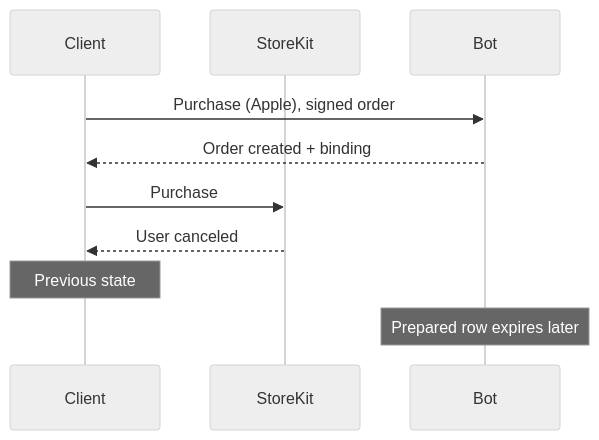
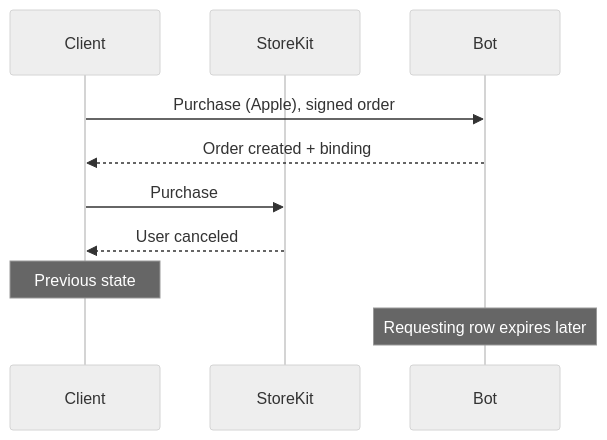
Before and after one commit to simplex-chat/simplex-chat: the third of 12 diagrams in plans/2026-07-20-supporter-badges-v2-product.md, drawn with Mermaid (neutral theme). The commit also changed other lines of this file and 4 other files, not shown here.

````diff
--- a/plans/2026-07-20-supporter-badges-v2-product.md
+++ b/plans/2026-07-20-supporter-badges-v2-product.md
@@ -139,12 +137,12 @@
 ```mermaid
 sequenceDiagram
   participant C as Client
   participant A as StoreKit
   participant B as Bot
   C->>B: Purchase (Apple), signed order
   B-->>C: Order created + binding
   C->>A: Purchase
   A-->>C: User canceled
   Note over C: Previous state
-  Note over B: Prepared row expires later
+  Note over B: Requesting row expires later
 ```
````
